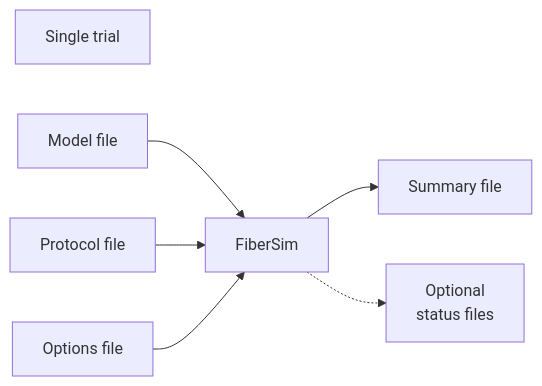
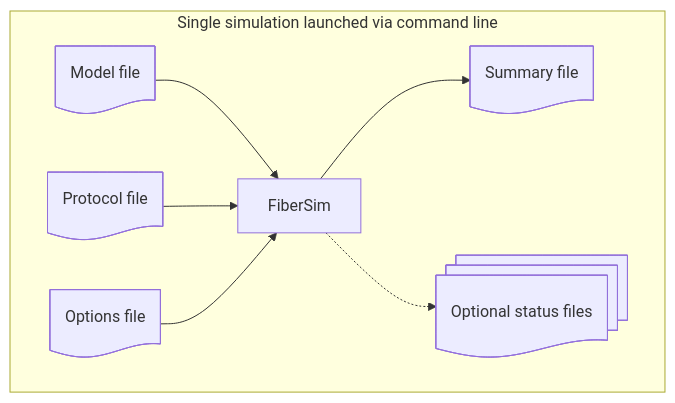
Before and after one commit to Campbell-Muscle-Lab/FiberSim: the first of 5 diagrams in docs/pages/framework/framework.md, drawn with Mermaid. The commit also changed other lines of this file, not shown here.

````diff
--- a/docs/pages/framework/framework.md
+++ b/docs/pages/framework/framework.md
@@ -26,9 +26,11 @@
 ```mermaid
 flowchart LR
-  t[Single trial]
-  mf[Model file] --> fs[FiberSim]
-  pf[Protocol file] --> fs
-  of[Options file] --> fs
-  fs --> sf[Summary file]
-  fs .-> stat_f[Optional<br>status files]
+  subgraph Single simulation launched via command line
+    direction LR
+    mf@{shape: doc, label: "Model file"} --> fs[FiberSim]
+    pf@{shape: doc, label: "Protocol file"} --> fs
+    of@{shape: doc, label: "Options file"} --> fs
+    fs --> sf@{shape: doc, label: "Summary file"}
+    fs .-> stat_f@{shape: docs, label: "Optional status files"}
+  end
 ```
````
